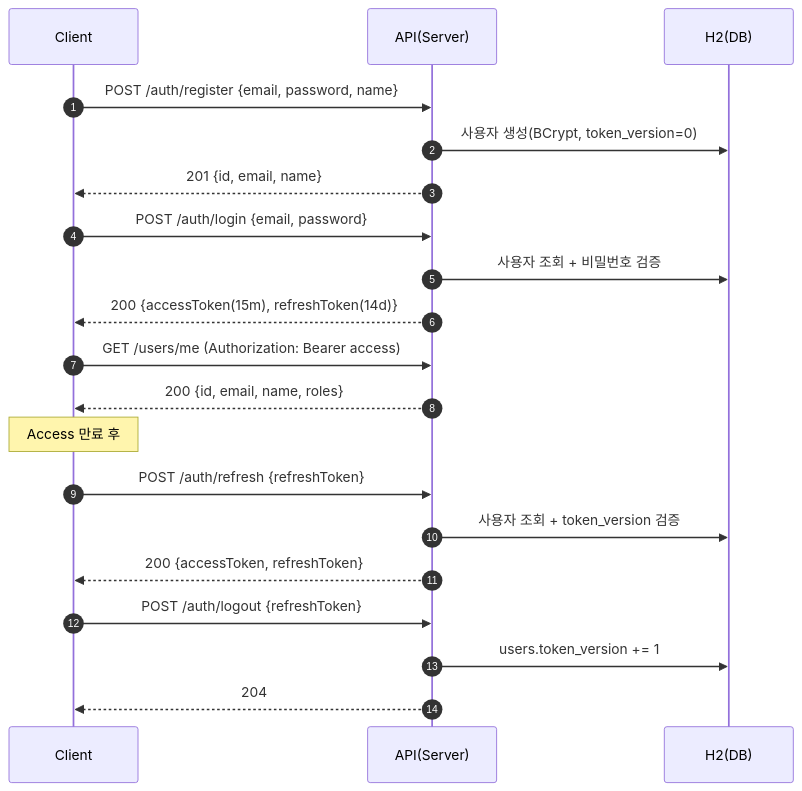
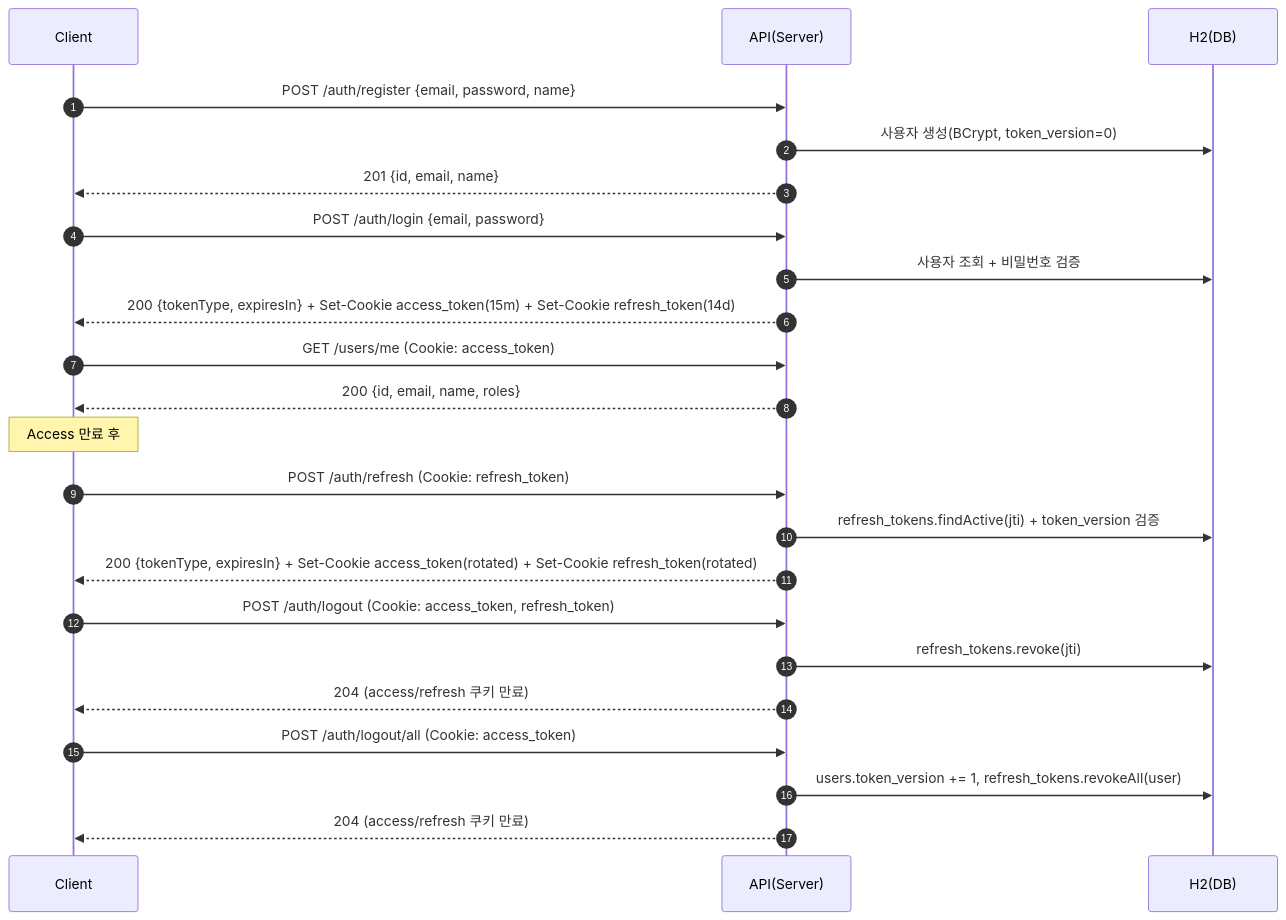
Before and after one commit to junho0831/loingTest: the first of 2 diagrams in FLOW.md, drawn with Mermaid. The commit also changed other lines of this file and 19 other files, not shown here.

First line of the commit message:
feat(auth,security): 강화된 Refresh 토큰 관리 및 쿠키 기반 인증 도입

````diff
--- a/FLOW.md
+++ b/FLOW.md
@@ -89,27 +97,31 @@
 ```mermaid
 sequenceDiagram
   autonumber
   participant C as Client
   participant A as API(Server)
   participant DB as H2(DB)
 
   C->>A: POST /auth/register {email, password, name}
   A->>DB: 사용자 생성(BCrypt, token_version=0)
   A-->>C: 201 {id, email, name}
 
   C->>A: POST /auth/login {email, password}
   A->>DB: 사용자 조회 + 비밀번호 검증
-  A-->>C: 200 {accessToken(15m), refreshToken(14d)}
+  A-->>C: 200 {tokenType, expiresIn} + Set-Cookie access_token(15m) + Set-Cookie refresh_token(14d)
 
-  C->>A: GET /users/me (Authorization: Bearer access)
+  C->>A: GET /users/me (Cookie: access_token)
   A-->>C: 200 {id, email, name, roles}
 
   Note over C: Access 만료 후
-  C->>A: POST /auth/refresh {refreshToken}
-  A->>DB: 사용자 조회 + token_version 검증
-  A-->>C: 200 {accessToken, refreshToken}
+  C->>A: POST /auth/refresh (Cookie: refresh_token)
+  A->>DB: refresh_tokens.findActive(jti) + token_version 검증
+  A-->>C: 200 {tokenType, expiresIn} + Set-Cookie access_token(rotated) + Set-Cookie refresh_token(rotated)
 
-  C->>A: POST /auth/logout {refreshToken}
-  A->>DB: users.token_version += 1
-  A-->>C: 204
+  C->>A: POST /auth/logout (Cookie: access_token, refresh_token)
+  A->>DB: refresh_tokens.revoke(jti)
+  A-->>C: 204 (access/refresh 쿠키 만료)
+
+  C->>A: POST /auth/logout/all (Cookie: access_token)
+  A->>DB: users.token_version += 1, refresh_tokens.revokeAll(user)
+  A-->>C: 204 (access/refresh 쿠키 만료)
 ```
````
